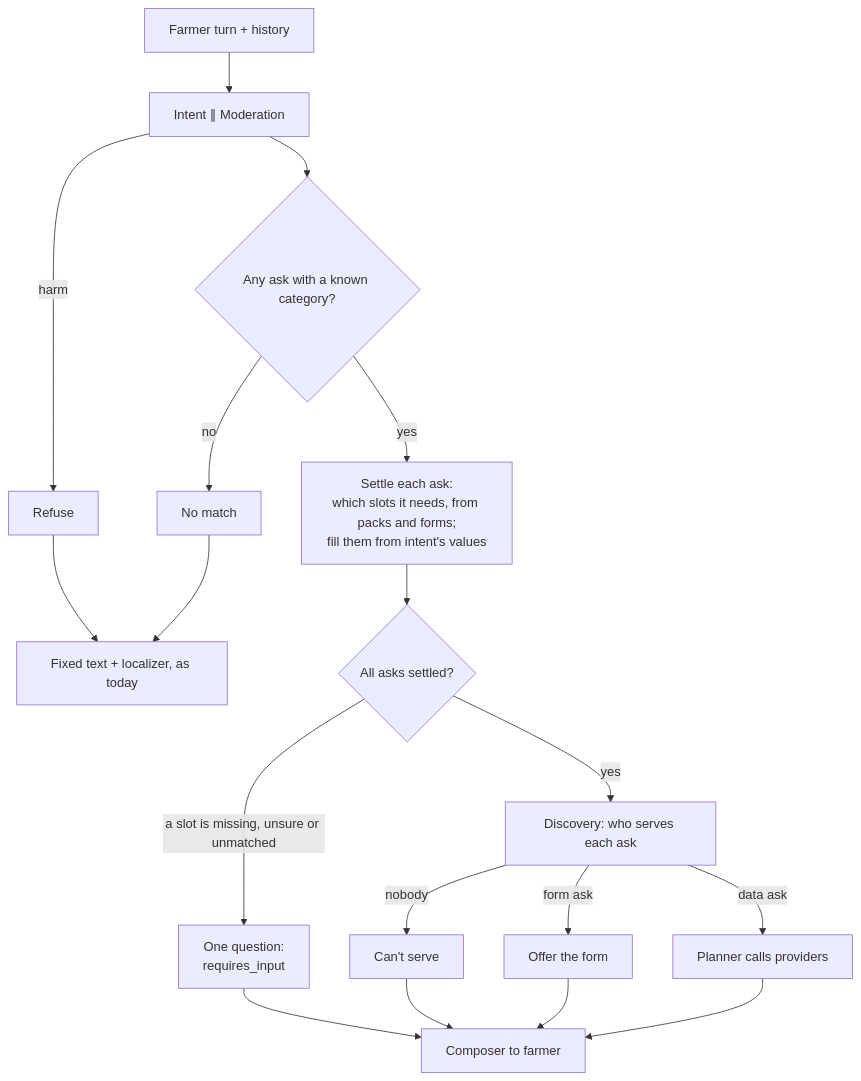
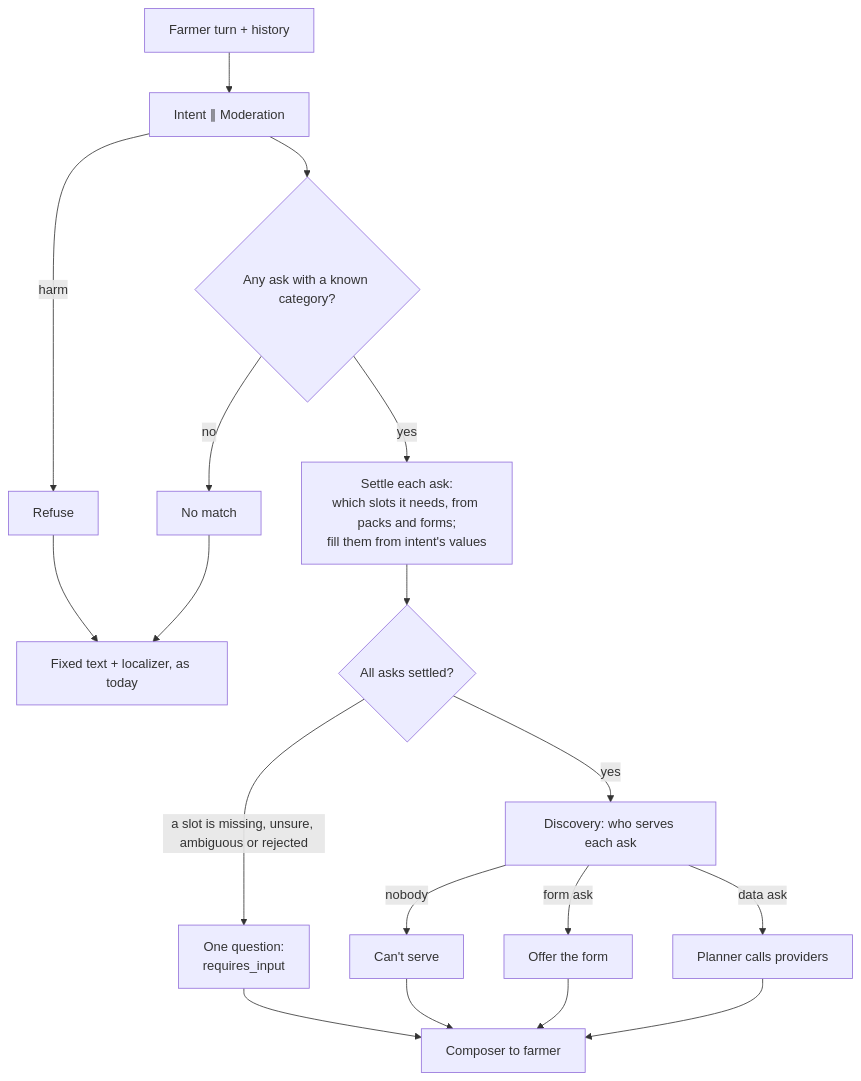
One commit to OpenAgriNet/decision-support-system changed the diagram in docs/.agent/specs/243-guided-grievance.md. Above: the diagram before and after it, drawn with Mermaid. The commit also changed other lines of this file, not shown here.

````diff
--- a/docs/.agent/specs/243-guided-grievance.md
+++ b/docs/.agent/specs/243-guided-grievance.md
@@ -31,16 +31,16 @@
 ```mermaid
 flowchart TD
   A[Farmer turn + history] --> B[Intent ∥ Moderation]
   B -->|harm| R[Refuse]
   B --> C{Any ask with a known category?}
   C -->|no| N[No match]
   C -->|yes| S[Settle each ask:<br/>which slots it needs, from packs and forms;<br/>fill them from intent's values]
   S --> F{All asks settled?}
-  F -->|a slot is missing, unsure or unmatched| Q[One question:<br/>requires_input]
+  F -->|a slot is missing, unsure, ambiguous or rejected| Q[One question:<br/>requires_input]
   F -->|yes| D[Discovery: who serves each ask]
   D -->|nobody| U[Can't serve]
   D -->|form ask| H[Offer the form]
   D -->|data ask| P[Planner calls providers]
   R & N --> Z1[Fixed text + localizer, as today]
   Q & U & H & P --> Z[Composer to farmer]
 ```
````
